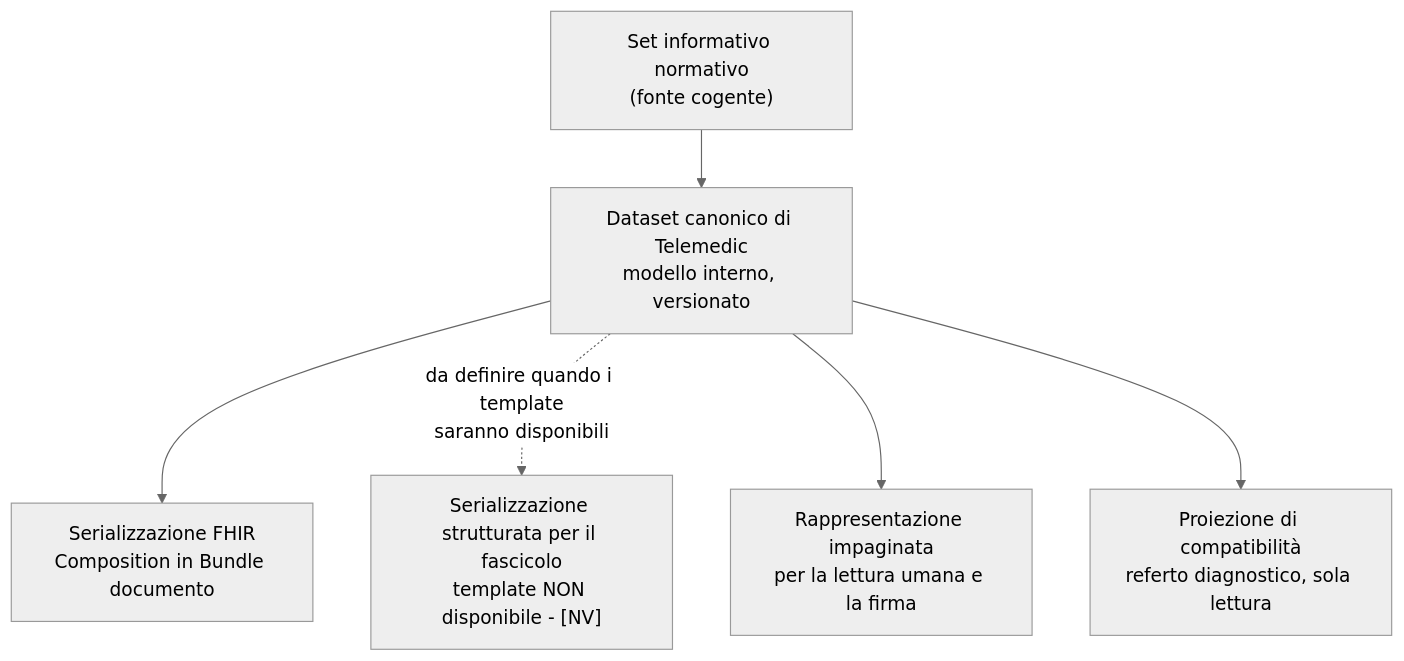
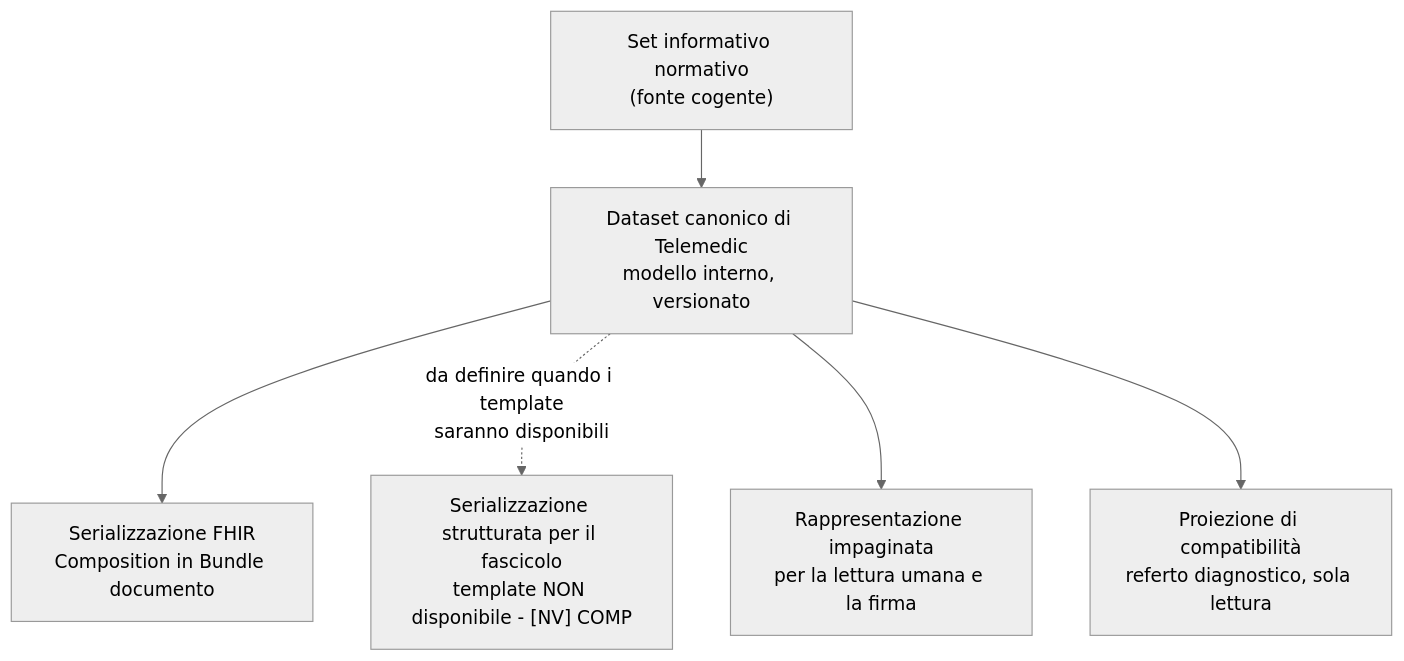
One commit to fedcal/Telemedic changed the first of 2 diagrams in docs/04_protocols/03-documenti-clinici.md. Above: the diagram before and after it, drawn with Mermaid (neutral theme). The commit also changed other lines of this file and 284 other files, not shown here.

````diff
--- a/docs/04_protocols/03-documenti-clinici.md
+++ b/docs/04_protocols/03-documenti-clinici.md
@@ -39,14 +39,14 @@
 ```mermaid
 flowchart TD
     N["Set informativo normativo<br/>(fonte cogente)"]
     D["Dataset canonico di Telemedic<br/>modello interno, versionato"]
     S1["Serializzazione FHIR<br/>Composition in Bundle documento"]
-    S2["Serializzazione strutturata per il fascicolo<br/>template NON disponibile - [NV]"]
+    S2["Serializzazione strutturata per il fascicolo<br/>template NON disponibile - [NV] COMP"]
     S3["Rappresentazione impaginata<br/>per la lettura umana e la firma"]
     S4["Proiezione di compatibilità<br/>referto diagnostico, sola lettura"]
     N --> D
     D --> S1
     D -.->|"da definire quando i template<br/>saranno disponibili"| S2
     D --> S3
     D --> S4
 ```
````
